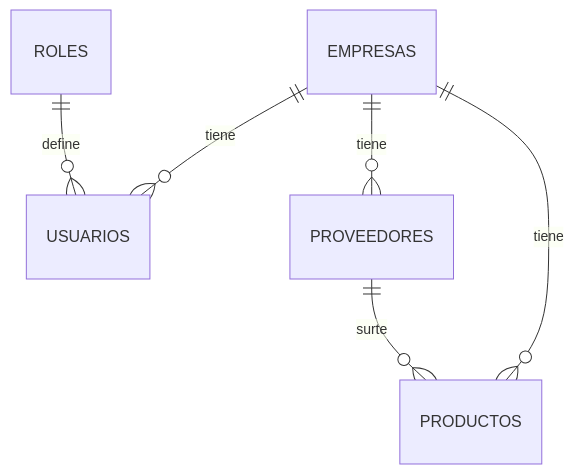
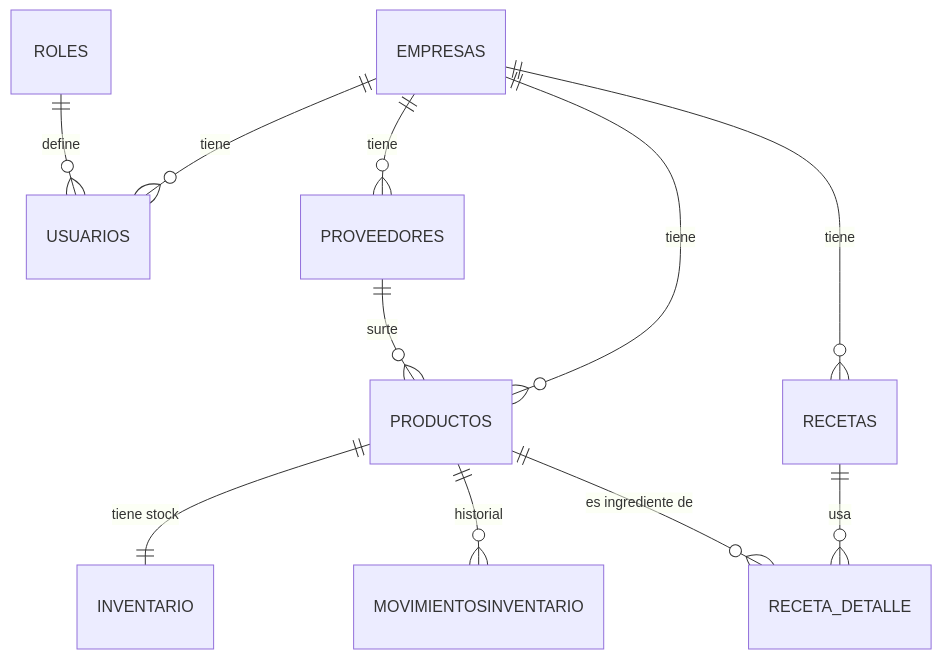
Before and after one commit to Locoyoccim/inventario_be: the diagram in README.md, drawn with Mermaid. The commit also changed other lines of this file and 20 other files, not shown here.

````diff
--- a/README.md
+++ b/README.md
@@ -97,8 +104,13 @@
 ```mermaid
 erDiagram
     EMPRESAS ||--o{ USUARIOS : "tiene"
     EMPRESAS ||--o{ PROVEEDORES : "tiene"
     EMPRESAS ||--o{ PRODUCTOS : "tiene"
+    EMPRESAS ||--o{ RECETAS : "tiene"
     PROVEEDORES ||--o{ PRODUCTOS : "surte"
     ROLES ||--o{ USUARIOS : "define"
+    PRODUCTOS ||--|| INVENTARIO : "tiene stock"
+    PRODUCTOS ||--o{ MOVIMIENTOSINVENTARIO : "historial"
+    RECETAS ||--o{ RECETA_DETALLE : "usa"
+    PRODUCTOS ||--o{ RECETA_DETALLE : "es ingrediente de"
 ```
````
